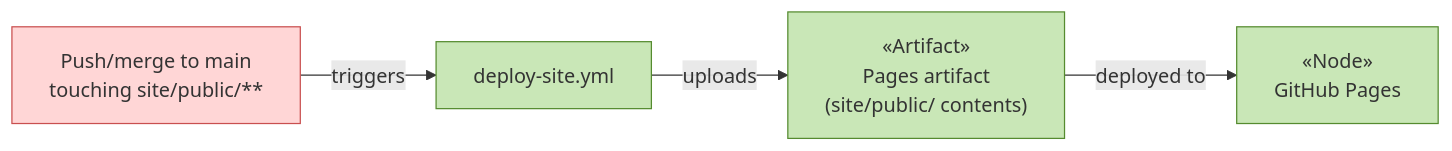
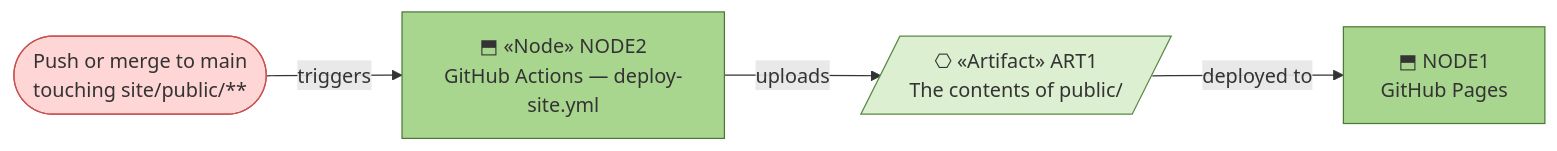
Before and after one commit to roanboc/architecture-archreator: the second of 2 diagrams in site/docs/ea/5_technology/2_deployment.md, drawn with Mermaid. The commit also changed other lines of this file and 15 other files, not shown here.

````diff
--- a/site/docs/ea/5_technology/2_deployment.md
+++ b/site/docs/ea/5_technology/2_deployment.md
@@ -9,14 +29,15 @@
 ```mermaid
 flowchart LR
-  push["Push/merge to main<br>touching site/public/**"]:::implementation
-  workflow["deploy-site.yml"]:::technology
-  artifact["«Artifact»<br>Pages artifact<br>(site/public/ contents)"]:::technology
-  pages["«Node»<br>GitHub Pages"]:::technology
+  push(["Push or merge to main<br>touching site/public/**"]):::implementation
+  node2["⬒ «Node» NODE2<br>GitHub Actions — deploy-site.yml"]:::node
+  art1[/"⎔ «Artifact» ART1<br>The contents of public/"/]:::artifact
+  node1["⬒ NODE1<br>GitHub Pages"]:::node
 
-  push -->|triggers| workflow
-  workflow -->|uploads| artifact
-  artifact -->|deployed to| pages
+  push -->|triggers| node2
+  node2 -->|uploads| art1
+  art1 -->|deployed to| node1
 
   classDef implementation fill:#ffd6d6,stroke:#c94f4f,color:#333
-  classDef technology fill:#c9e7b7,stroke:#558b2f,color:#333
+  classDef node fill:#a9d68f,stroke:#4a7a35,color:#333
+  classDef artifact fill:#dcefd0,stroke:#5a8a45,color:#333
 ```
````
